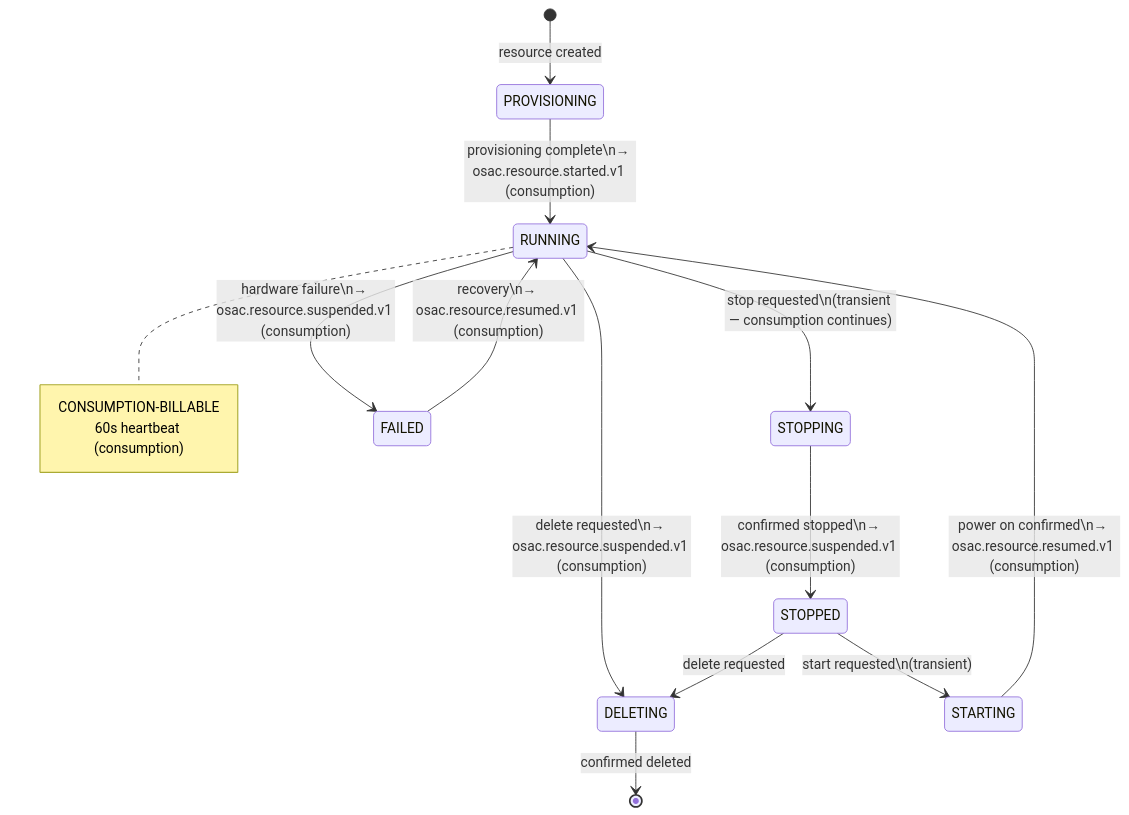
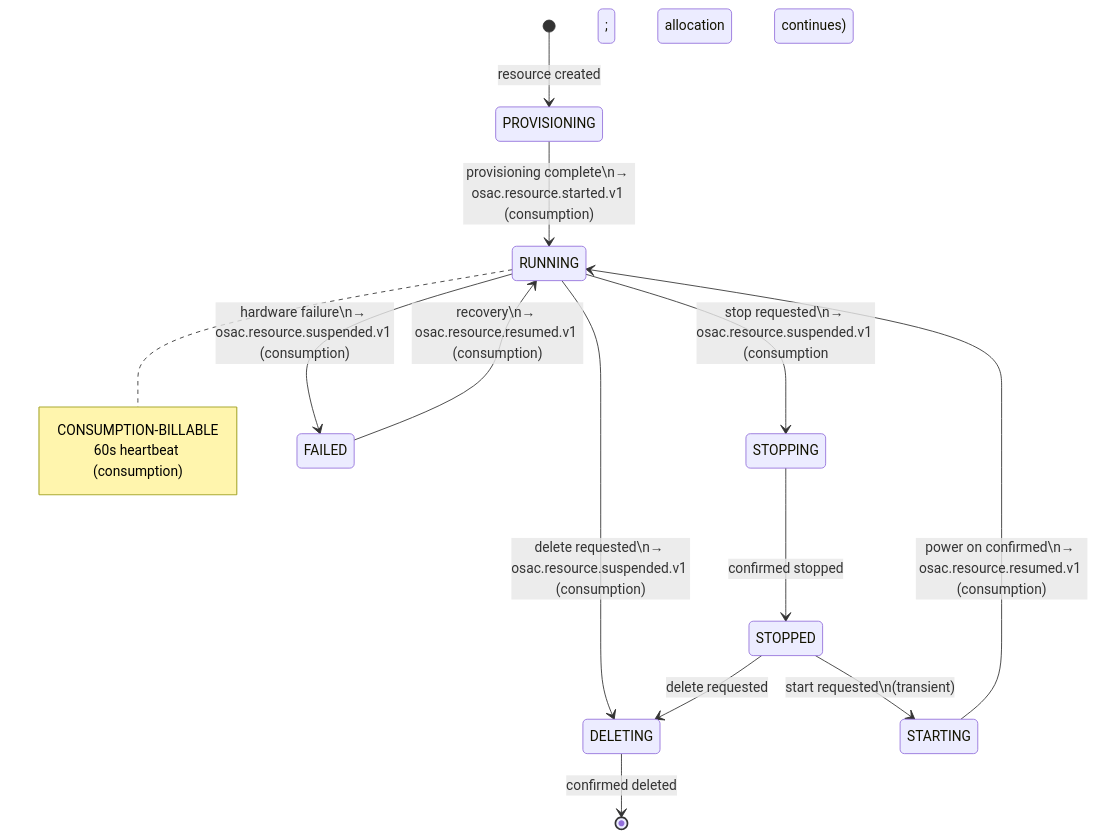
One commit to osac-project/enhancement-proposals changed the third of 3 diagrams in enhancements/OSAC-2506-metering-bmaas/design.md. Above: the diagram before and after it, drawn with Mermaid. The commit also changed other lines of this file, not shown here.

Commit message:
OSAC-2506: make STOPPING the consumption boundary

````diff
--- a/enhancements/OSAC-2506-metering-bmaas/design.md
+++ b/enhancements/OSAC-2506-metering-bmaas/design.md
@@ -359,26 +363,26 @@
 ```mermaid
 stateDiagram-v2
     [*] --> PROVISIONING : resource created
 
     PROVISIONING --> RUNNING : provisioning complete\n→ osac.resource.started.v1 (consumption)
 
-    RUNNING --> STOPPING : stop requested\n(transient — consumption continues)
+    RUNNING --> STOPPING : stop requested\n→ osac.resource.suspended.v1 (consumption; allocation continues)
     RUNNING --> FAILED : hardware failure\n→ osac.resource.suspended.v1 (consumption)
     RUNNING --> DELETING : delete requested\n→ osac.resource.suspended.v1 (consumption)
 
     note right of RUNNING
         CONSUMPTION-BILLABLE
         60s heartbeat (consumption)
     end note
 
-    STOPPING --> STOPPED : confirmed stopped\n→ osac.resource.suspended.v1 (consumption)
+    STOPPING --> STOPPED : confirmed stopped
 
     STOPPED --> STARTING : start requested\n(transient)
     STOPPED --> DELETING : delete requested
 
     STARTING --> RUNNING : power on confirmed\n→ osac.resource.resumed.v1 (consumption)
 
     FAILED --> RUNNING : recovery\n→ osac.resource.resumed.v1 (consumption)
 
     DELETING --> [*] : confirmed deleted
 ```
````
